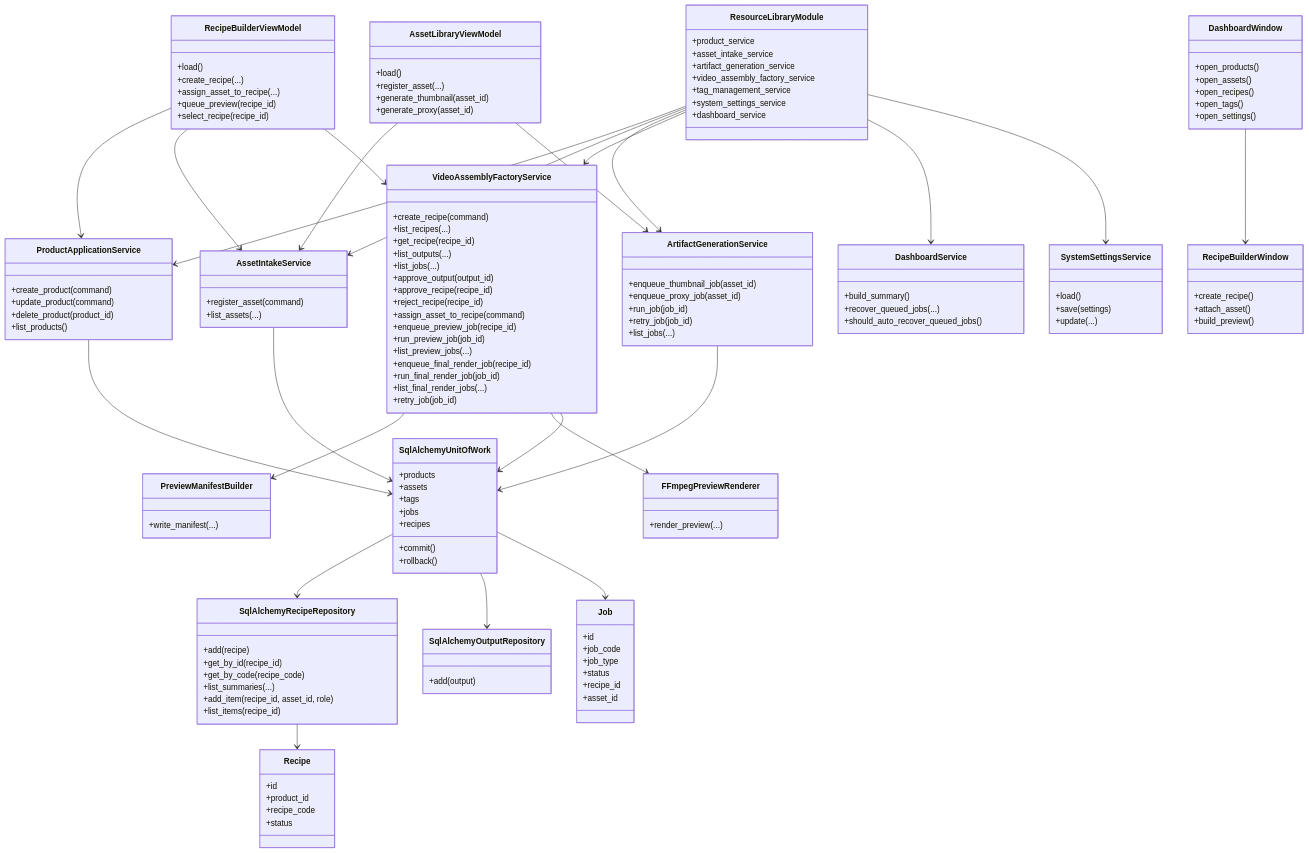
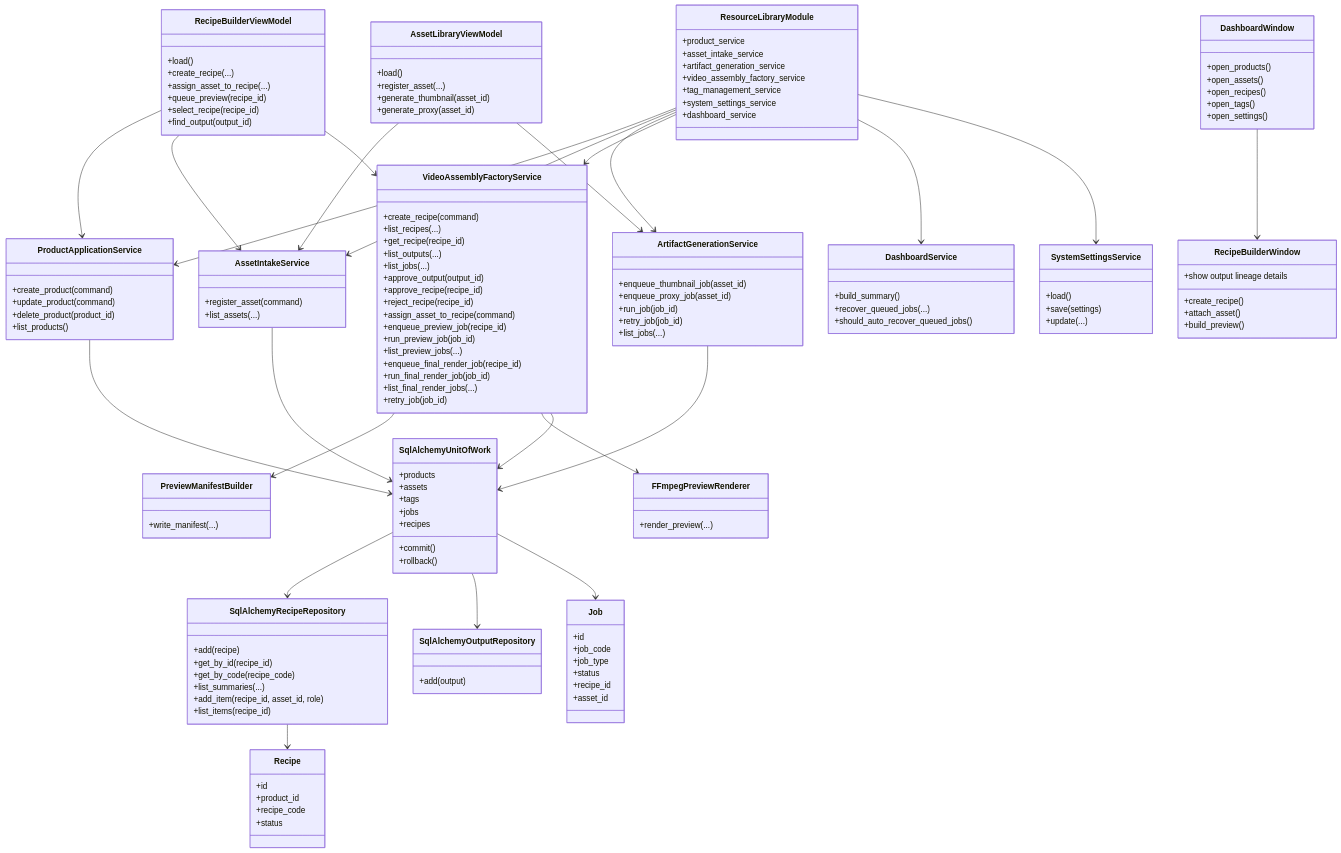
The second of 9 diagrams in doc/10_UML_System_Overview.md (idev006/MTClipFactory), drawn with Mermaid before and after one commit. The commit also changed other lines of this file and 15 other files, not shown here.

Commit message:
Add output lineage reporting

```diff
--- a/doc/10_UML_System_Overview.md
+++ b/doc/10_UML_System_Overview.md
@@ -100,6 +100,7 @@
         +assign_asset_to_recipe(...)
         +queue_preview(recipe_id)
         +select_recipe(recipe_id)
+        +find_output(output_id)
     }
 
     class DashboardWindow {
@@ -114,6 +115,7 @@
         +create_recipe()
         +attach_asset()
         +build_preview()
+        +show output lineage details
     }
 
     class SqlAlchemyUnitOfWork {
```
